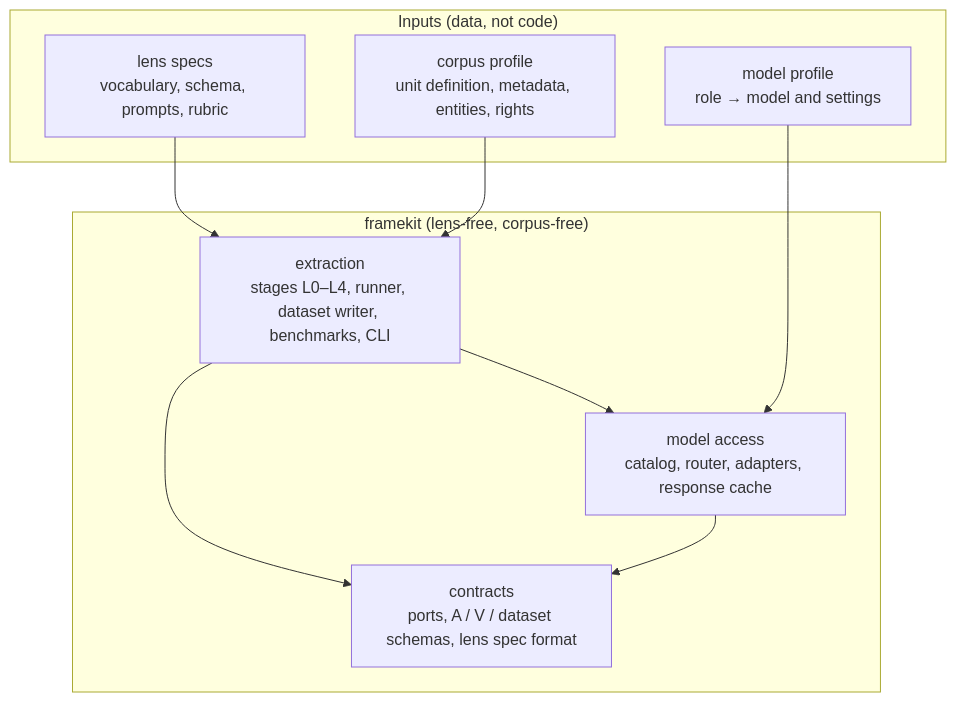
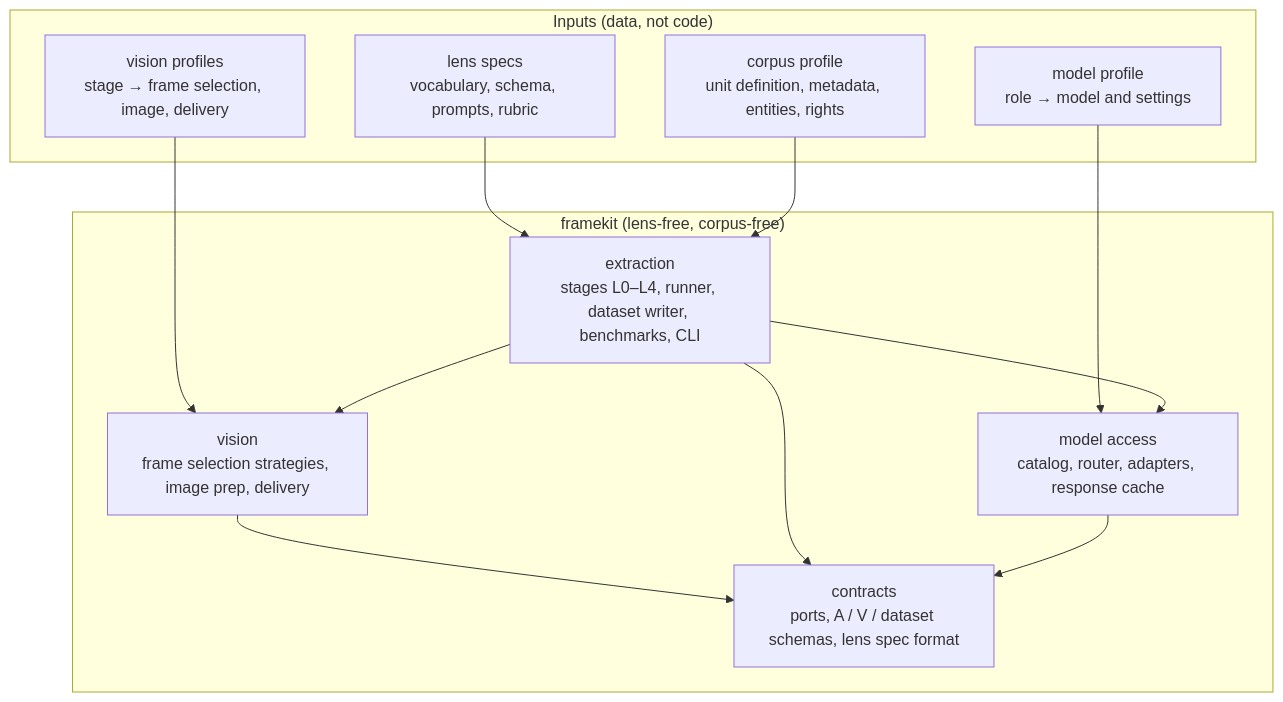
Before and after one commit to edyhtan/framekit: the first of 5 diagrams in docs/DESIGN.md, drawn with Mermaid. The commit also changed other lines of this file and 4 other files, not shown here.

````diff
--- a/docs/DESIGN.md
+++ b/docs/DESIGN.md
@@ -26,19 +26,24 @@
 ```mermaid
 flowchart TB
     subgraph IN["Inputs (data, not code)"]
         LS["lens specs<br/>vocabulary, schema, prompts, rubric"]
         CP["corpus profile<br/>unit definition, metadata, entities, rights"]
         MP["model profile<br/>role → model and settings"]
+        VP["vision profiles<br/>stage → frame selection, image, delivery"]
     end
     subgraph ENG["framekit (lens-free, corpus-free)"]
         EX["extraction<br/>stages L0–L4, runner, dataset writer, benchmarks, CLI"]
         MA["model access<br/>catalog, router, adapters, response cache"]
+        VI["vision<br/>frame selection strategies, image prep, delivery"]
         CT["contracts<br/>ports, A / V / dataset schemas, lens spec format"]
     end
     LS --> EX
     CP --> EX
     MP --> MA
+    VP --> VI
     EX --> MA
+    EX --> VI
+    VI --> CT
     EX --> CT
     MA --> CT
 ```
````
